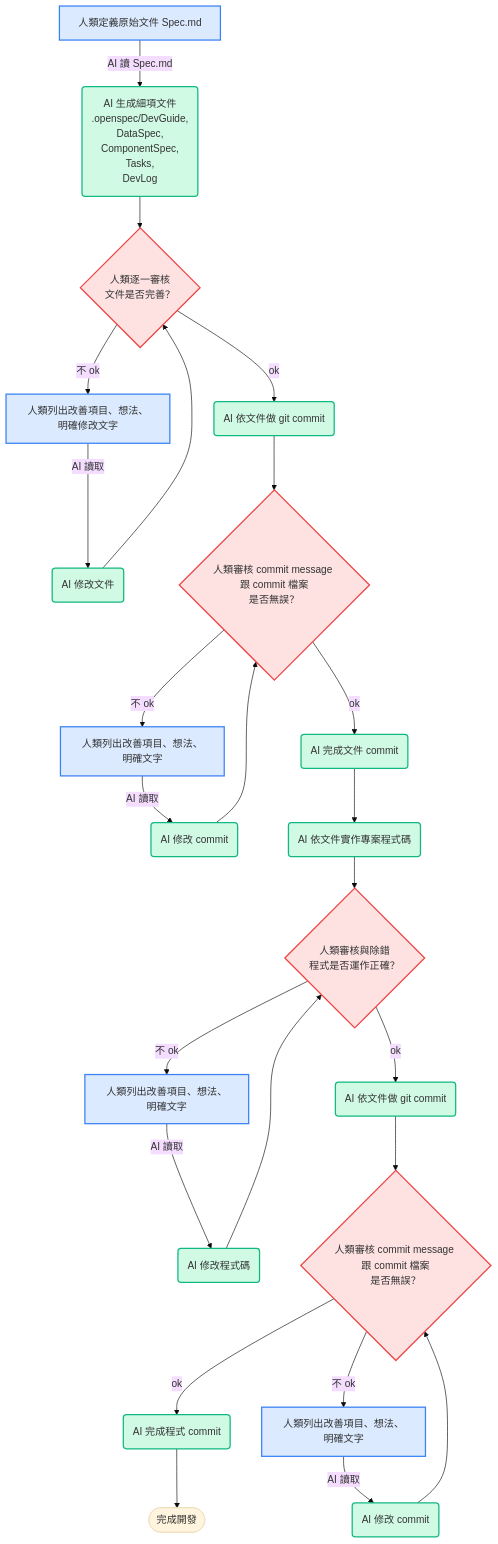
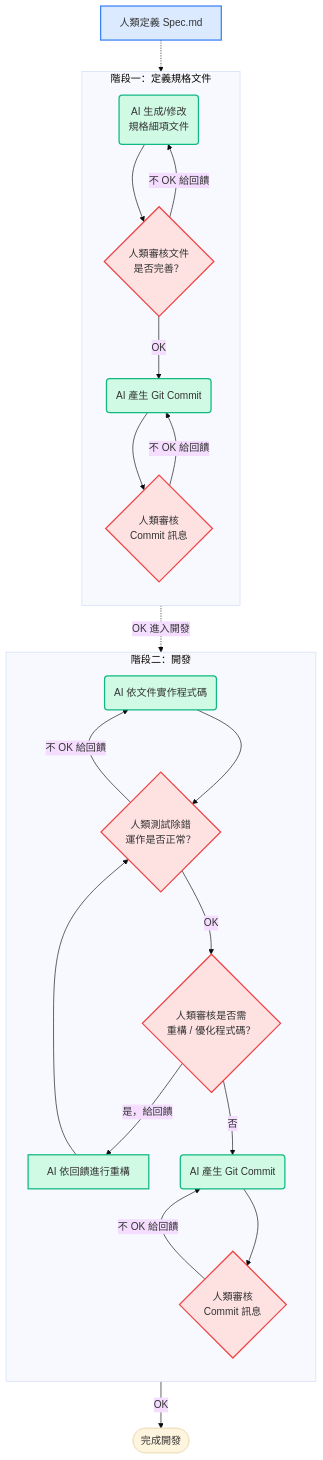
Before and after one commit to Su-Ya/mango-db: the diagram in README.md, drawn with Mermaid (base theme).

Commit message:
docs: update flowchart in README

````diff
--- a/README.md
+++ b/README.md
@@ -9,37 +9,37 @@
 ```mermaid
 flowchart TD
-    A[人類定義原始文件 Spec.md] -->| AI 讀 Spec.md | B(AI 生成細項文件<br/>.openspec/DevGuide,<br/>DataSpec,<br/> ComponentSpec,<br/> Tasks,<br/> DevLog)
-    B --> C{人類逐一審核<br/>文件是否完善？}
-    C -->|ok| D(AI 依文件做 git commit)
-    C -->|不 ok| E[人類列出改善項目、想法、明確修改文字]
-    E --> | AI 讀取 | F(AI 修改文件)
-    F --> C
+    A[人類定義 Spec.md] -.-> DocsPhase
+
+    subgraph DocsPhase ["階段一：定義規格文件"]
+        direction TB
+        B(AI 生成/修改<br/>規格細項文件) --> C{人類審核文件<br/>是否完善？}
+        C -->|不 OK 給回饋| B
+        C -->|OK| D(AI 產生 Git Commit)
+        D --> E{人類審核<br/>Commit 訊息}
+        E -->|不 OK 給回饋| D
+    end
+
+    E -.->|OK 進入開發| CodePhase
+
+    subgraph CodePhase ["階段二：開發"]
+        direction TB
+        L(AI 依文件實作程式碼) --> M{人類測試除錯<br/>運作是否正常？}
+        M -->|不 OK 給回饋| L
+        M -->|OK| N{人類審核是否需<br/>重構 / 優化程式碼？}
+        N -->|是，給回饋| Refactor[AI 依回饋進行重構]
+        Refactor --> M
+        N -->|否| O(AI 產生 Git Commit)
+        O --> P{人類審核<br/>Commit 訊息}
+        P -->|不 OK 給回饋| O
+    end
     
-    D --> G{人類審核 commit message 跟 commit 檔案<br/>是否無誤？}
-    G -->|ok| H(AI 完成文件 commit)
-    G -->|不 ok| I[人類列出改善項目、想法、明確文字]
-    I --> | AI 讀取 | J(AI 修改 commit)
-    J --> G
-    
-    H --> L(AI 依文件實作專案程式碼)
-    L --> M{人類審核與除錯<br/>程式是否運作正確？}
-    M -->|ok| N(AI 依文件做 git commit)
-    M -->|不 ok| O[人類列出改善項目、想法、明確文字]
-    O --> | AI 讀取 | P(AI 修改程式碼)
-    P --> M
-    
-    N --> Q{人類審核 commit message 跟 commit 檔案<br/>是否無誤？}
-    Q -->|ok| R(AI 完成程式 commit)
-    Q -->|不 ok| S[人類列出改善項目、想法、明確文字]
-    S --> | AI 讀取 | T(AI 修改 commit)
-    T --> Q
-    R --> U([完成開發])
-    
+    P -->|OK| Q([完成開發])
+
     classDef human fill:#dbeafe,stroke:#3b82f6,stroke-width:2px
     classDef ai fill:#d1fae5,stroke:#10b981,stroke-width:2px
     classDef verify fill:#fee2e2,stroke:#ef4444,stroke-width:2px
 
-    class A,E,I,O,S human
-    class B,D,F,H,J,L,N,P,R,T ai
-    class C,G,M,Q verify
+    class A,I human
+    class B,D,F,H,J,L,O,Refactor ai
+    class C,E,G,M,N,P verify
 ```
````
